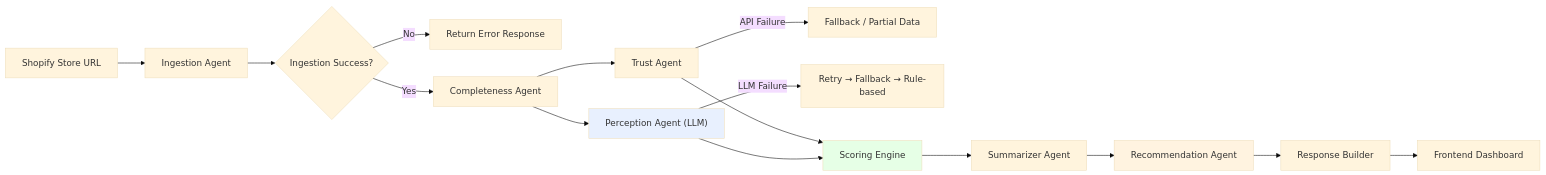
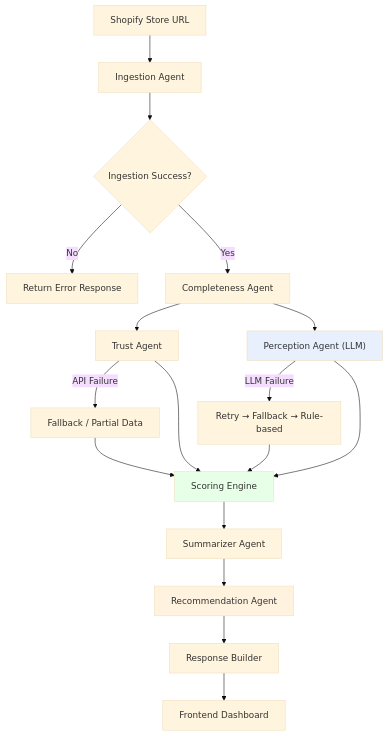
One commit to sanjeetha77/Storesense-DevOps changed the diagram in README.md. Above: the diagram before and after it, drawn with Mermaid (base theme).

Commit message:
README file updated

````diff
--- a/README.md
+++ b/README.md
@@ -78,34 +78,32 @@
 ```mermaid
-flowchart LR
+flowchart TD
 
     A[Shopify Store URL] --> B[Ingestion Agent]
 
     B --> C{Ingestion Success?}
     C -- No --> X[Return Error Response]
 
     C -- Yes --> D[Completeness Agent]
 
-    %% Parallel Branch
     D --> E[Trust Agent]
     D --> F["Perception Agent (LLM)"]
 
-    %% Failure paths
     E -->|API Failure| E1[Fallback / Partial Data]
+    E1 --> G
+
     F -->|LLM Failure| F1[Retry → Fallback → Rule-based]
+    F1 --> G
 
-    %% Merge
     E --> G[Scoring Engine]
     F --> G
 
     G --> H[Summarizer Agent]
     H --> I[Recommendation Agent]
 
-    %% Output
     I --> J[Response Builder]
     J --> K[Frontend Dashboard]
 
-    %% Notes
     style F fill:#e8f0fe
     style G fill:#e6ffe6
     style I fill:#fff3e0
 ```
````
